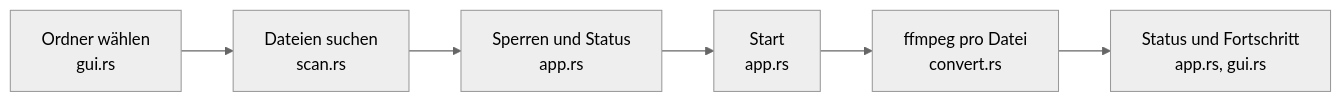
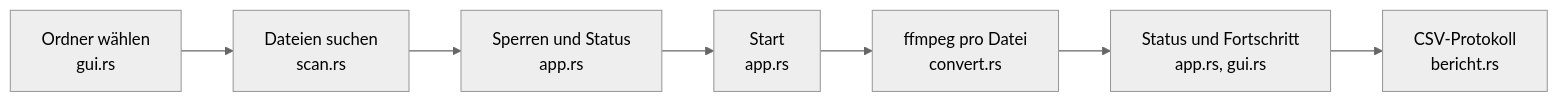
Before and after one commit to Senci/audio-konverter: the first of 2 diagrams in wiki/funktionen.md, drawn with Mermaid (neutral theme). The commit also changed other lines of this file and 10 other files, not shown here.

````diff
--- a/wiki/funktionen.md
+++ b/wiki/funktionen.md
@@ -13,4 +15,4 @@
 ```mermaid
 flowchart LR
-    A["Ordner wählen<br/>gui.rs"] --> B["Dateien suchen<br/>scan.rs"] --> C["Sperren und Status<br/>app.rs"] --> D["Start<br/>app.rs"] --> E["ffmpeg pro Datei<br/>convert.rs"] --> F["Status und Fortschritt<br/>app.rs, gui.rs"]
+    A["Ordner wählen<br/>gui.rs"] --> B["Dateien suchen<br/>scan.rs"] --> C["Sperren und Status<br/>app.rs"] --> D["Start<br/>app.rs"] --> E["ffmpeg pro Datei<br/>convert.rs"] --> F["Status und Fortschritt<br/>app.rs, gui.rs"] --> G["CSV-Protokoll<br/>bericht.rs"]
 ```
````
